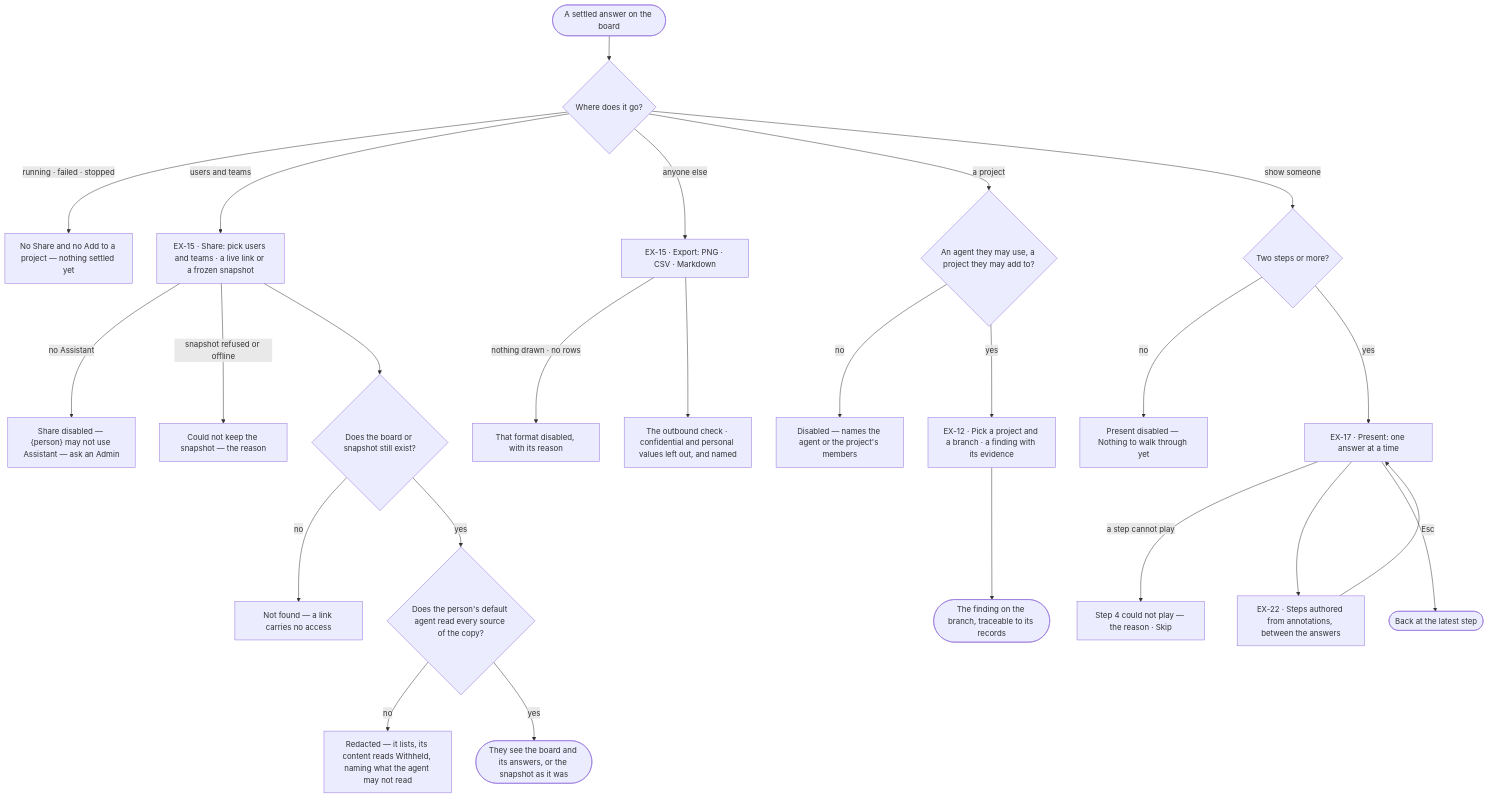
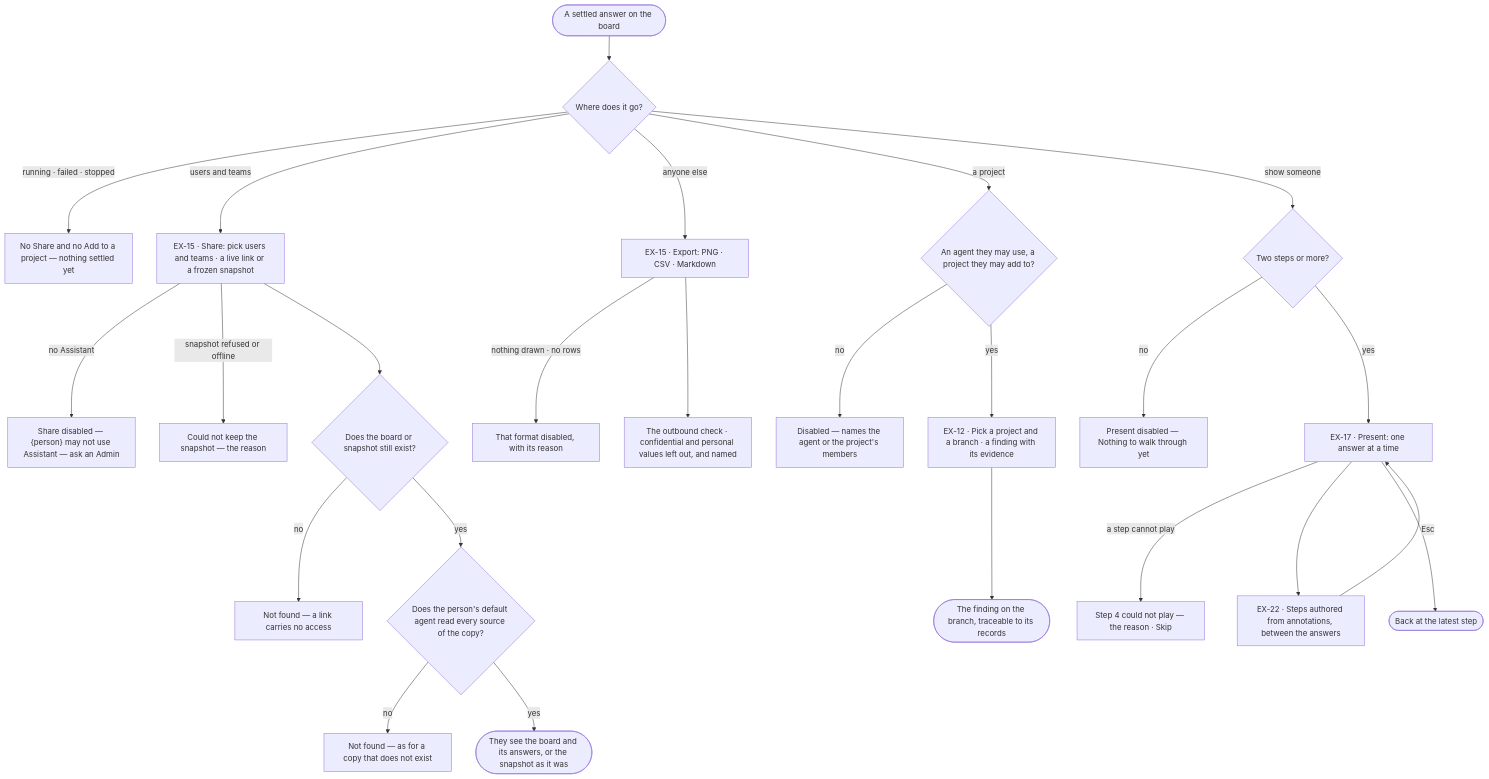
One commit to invana/invana changed the diagram in specs/capabilities/explore/features/EX-F02-share-and-present-an-answer/feature.md. Above: the diagram before and after it, drawn with Mermaid. The commit also changed other lines of this file and 69 other files, not shown here.

````diff
--- a/specs/capabilities/explore/features/EX-F02-share-and-present-an-answer/feature.md
+++ b/specs/capabilities/explore/features/EX-F02-share-and-present-an-answer/feature.md
@@ -24,27 +24,27 @@
 ```mermaid
 flowchart TD
   start([A settled answer on the board]) --> d{Where does it go?}
   d -->|running · failed · stopped| none["No Share and no Add to a project — nothing settled yet"]
   d -->|users and teams| sh["EX-15 · Share: pick users and teams · a live link or a frozen snapshot"]
   sh -->|no Assistant| nown["Share disabled — {person} may not use Assistant — ask an Admin"]
   sh -->|snapshot refused or offline| shf["Could not keep the snapshot — the reason"]
   d -->|anyone else| exp["EX-15 · Export: PNG · CSV · Markdown"]
   exp -->|nothing drawn · no rows| dis["That format disabled, with its reason"]
   exp --> out["The outbound check · confidential and personal values left out, and named"]
   sh --> open{Does the board or snapshot still exist?}
   open -->|no| nf["Not found — a link carries no access"]
   open -->|yes| lin{"Does the person's default agent read every source of the copy?"}
-  lin -->|no| red["Redacted — it lists, its content reads Withheld, naming what the agent may not read"]
+  lin -->|no| red["Not found — as for a copy that does not exist"]
   lin -->|yes| seen([They see the board and its answers, or the snapshot as it was])
   d -->|a project| pj{"An agent they may use, a project they may add to?"}
   pj -->|no| ask["Disabled — names the agent or the project's members"]
   pj -->|yes| fi["EX-12 · Pick a project and a branch · a finding with its evidence"]
   fi --> fdone([The finding on the branch, traceable to its records])
   d -->|show someone| pr{Two steps or more?}
   pr -->|no| pz["Present disabled — Nothing to walk through yet"]
   pr -->|yes| p["EX-17 · Present: one answer at a time"]
   p -->|a step cannot play| ps["Step 4 could not play — the reason · Skip"]
   p --> story["EX-22 · Steps authored from annotations, between the answers"]
   story --> p
   p -->|Esc| back([Back at the latest step])
 ```
````
